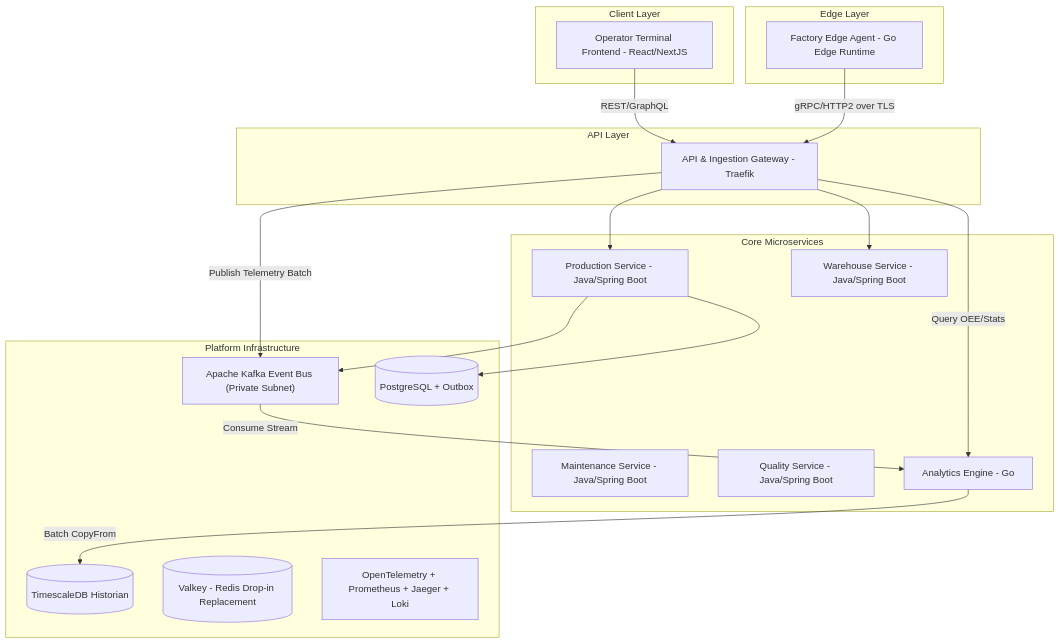
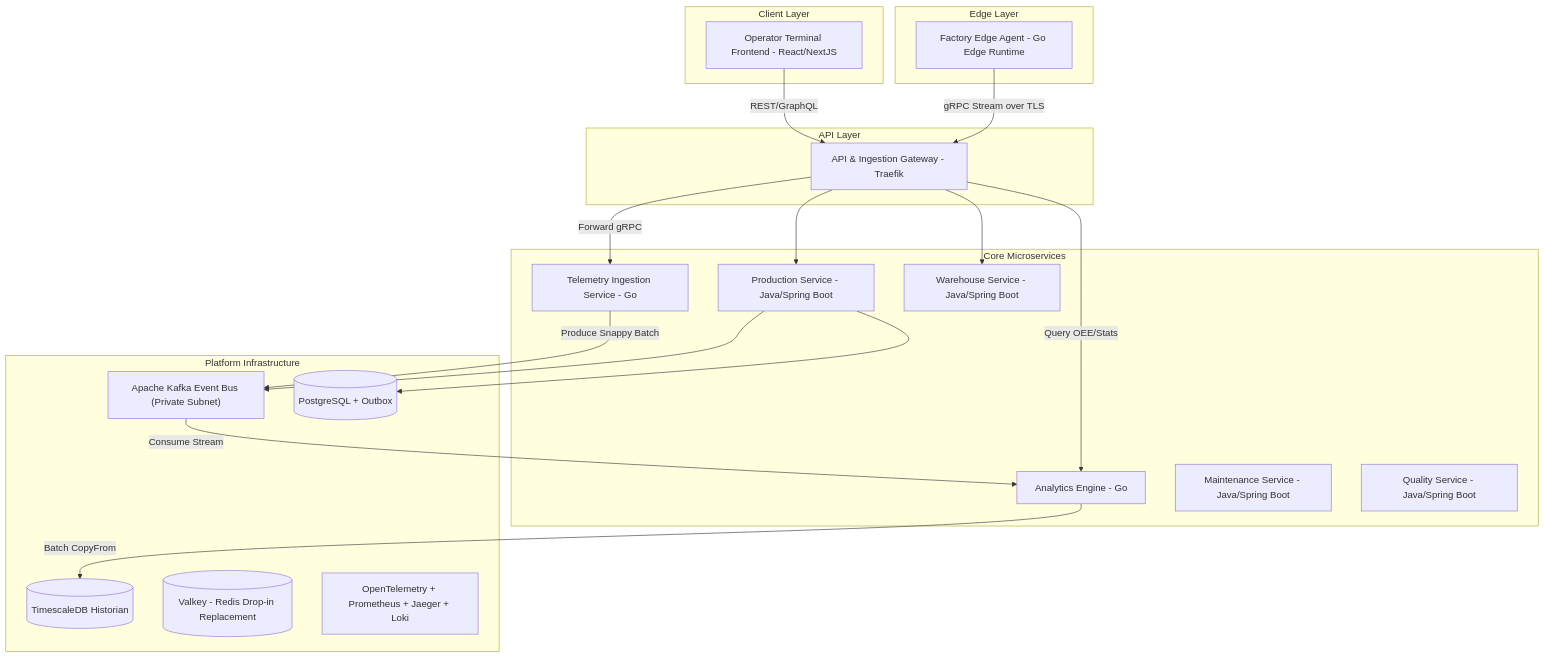
The diagram in docs/04-architecture/C4-Container.md (iamraydoan/factoryos), drawn with Mermaid before and after one commit. The commit also changed other lines of this file and 1 other file, not shown here.

Commit message:
docs: update system architecture to include Telemetry Ingestion Service and refine gRPC stream flow

````diff
--- a/docs/04-architecture/C4-Container.md
+++ b/docs/04-architecture/C4-Container.md
@@ -5,41 +5,43 @@
 ```mermaid
 graph TB
     subgraph Client Layer
         WebUI["Operator Terminal Frontend - React/NextJS"]
     end
 
     subgraph API Layer
         Gateway["API & Ingestion Gateway - Traefik"]
     end
 
     subgraph Core Microservices
+        IngestionSvc["Telemetry Ingestion Service - Go"]
+        AnalyticsSvc["Analytics Engine - Go"]
         ProdSvc["Production Service - Java/Spring Boot"]
         WhSvc["Warehouse Service - Java/Spring Boot"]
         MaintSvc["Maintenance Service - Java/Spring Boot"]
         QualSvc["Quality Service - Java/Spring Boot"]
-        AnalyticsSvc["Analytics Engine - Go"]
     end
 
     subgraph Platform Infrastructure
         EventBus["Apache Kafka Event Bus (Private Subnet)"]
         DB[("PostgreSQL + Outbox")]
         TSDB[("TimescaleDB Historian")]
         Cache[("Valkey - Redis Drop-in Replacement")]
         Observability["OpenTelemetry + Prometheus + Jaeger + Loki"]
     end
 
     subgraph Edge Layer
         EdgeAgent["Factory Edge Agent - Go Edge Runtime"]
     end
 
     WebUI -->|REST/GraphQL| Gateway
     Gateway --> ProdSvc
     Gateway --> WhSvc
     Gateway -->|Query OEE/Stats| AnalyticsSvc
-    EdgeAgent -->|gRPC/HTTP2 over TLS| Gateway
-    Gateway -->|Publish Telemetry Batch| EventBus
+    EdgeAgent -->|gRPC Stream over TLS| Gateway
+    Gateway -->|Forward gRPC| IngestionSvc
+    IngestionSvc -->|Produce Snappy Batch| EventBus
     EventBus -->|Consume Stream| AnalyticsSvc
     AnalyticsSvc -->|Batch CopyFrom| TSDB
     ProdSvc --> DB
     ProdSvc --> EventBus
 ```
````
